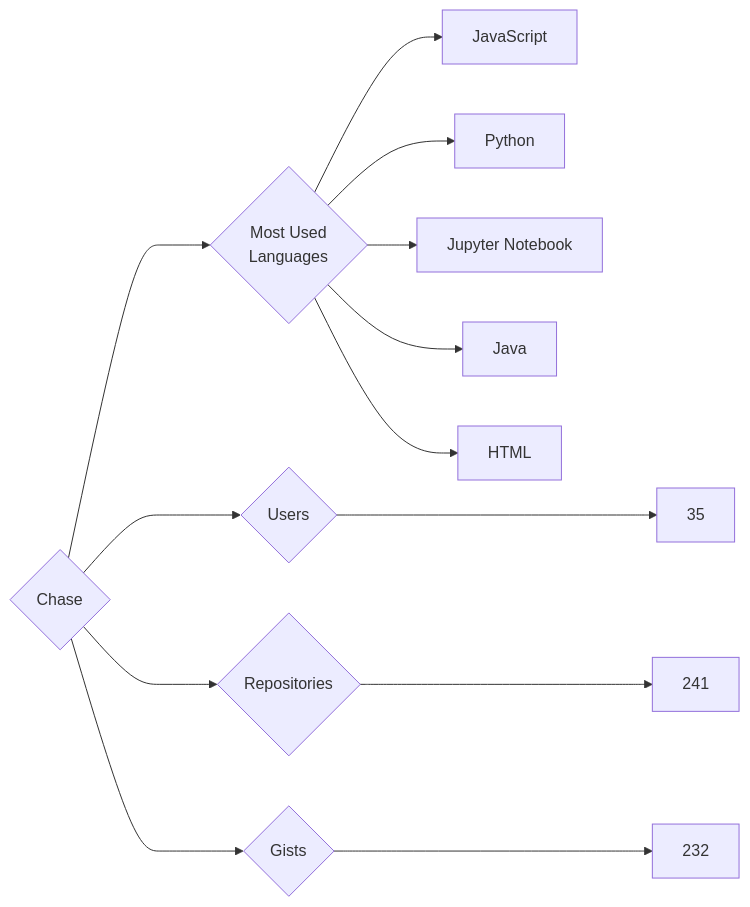
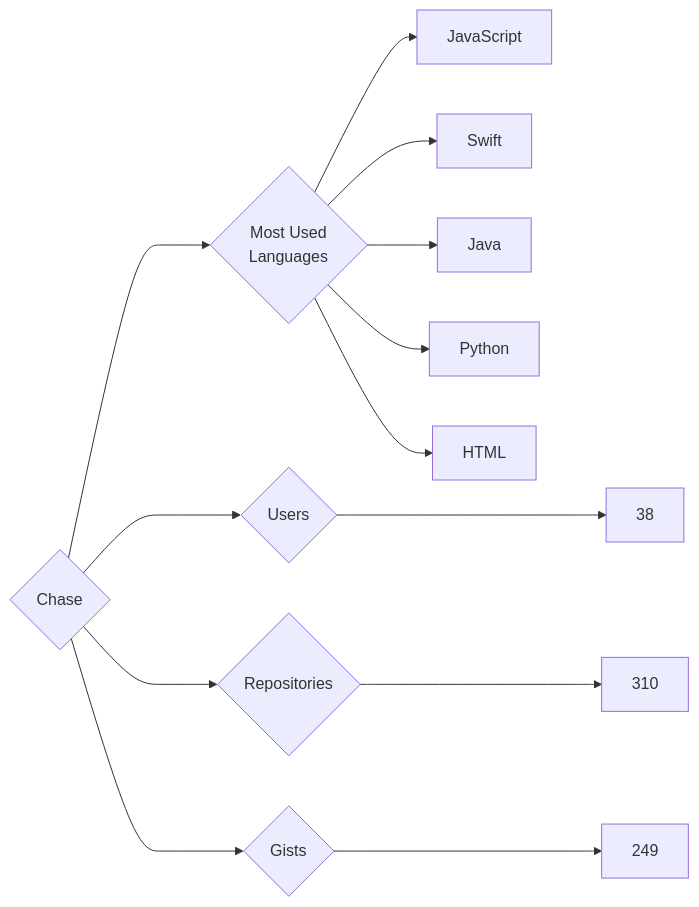
The diagram in targets/Chase/README.md (trickest/insiders), drawn with Mermaid before and after one commit. The commit also changed 757 other files, not shown here.

````diff
--- a/targets/Chase/README.md
+++ b/targets/Chase/README.md
@@ -3,13 +3,13 @@
 ```mermaid
 graph LR
 COMPANY_NAME{Chase}
-COMPANY_NAME ---> U{Users} ---> UN[35]
-COMPANY_NAME ---> R{Repositories} ---> RN[241]
-COMPANY_NAME ---> G{Gists} ---> GN[232]
+COMPANY_NAME ---> U{Users} ---> UN[38]
+COMPANY_NAME ---> R{Repositories} ---> RN[310]
+COMPANY_NAME ---> G{Gists} ---> GN[249]
 COMPANY_NAME ---> ML{Most Used<br>Languages}
 ML --> JavaScript[JavaScript]
+ML --> Swift[Swift]
+ML --> Java[Java]
 ML --> Python[Python]
-ML --> Jupyter_Notebook[Jupyter Notebook]
-ML --> Java[Java]
 ML --> HTML[HTML]
 ```
````
